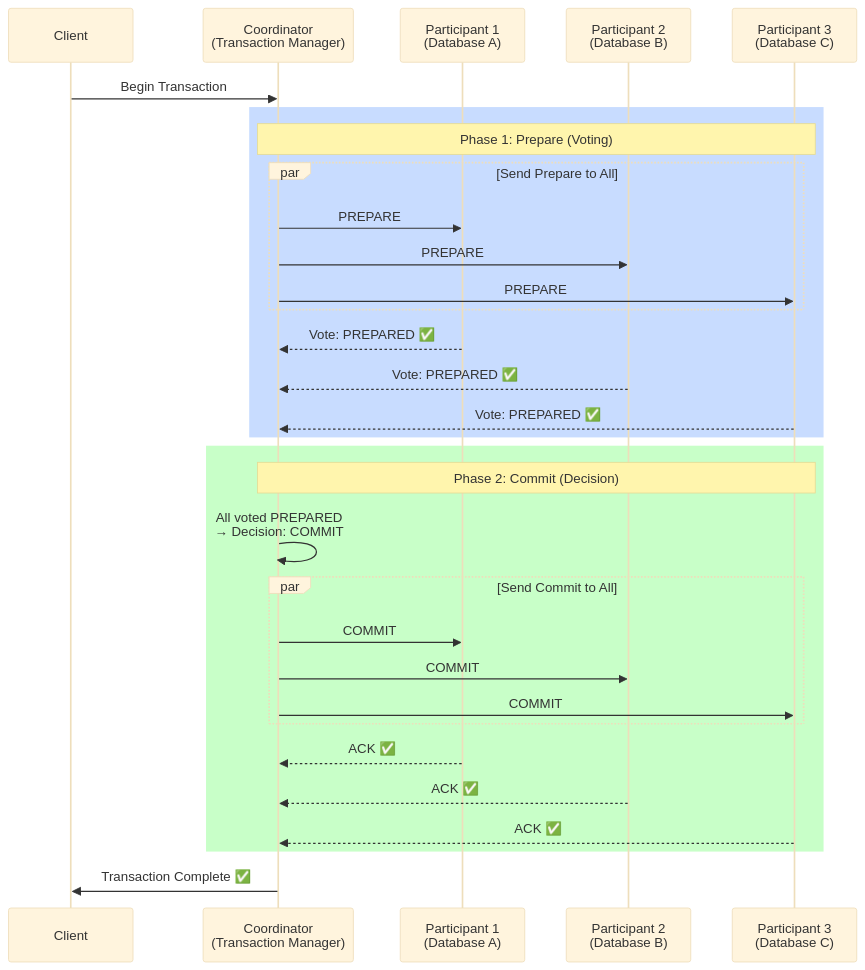
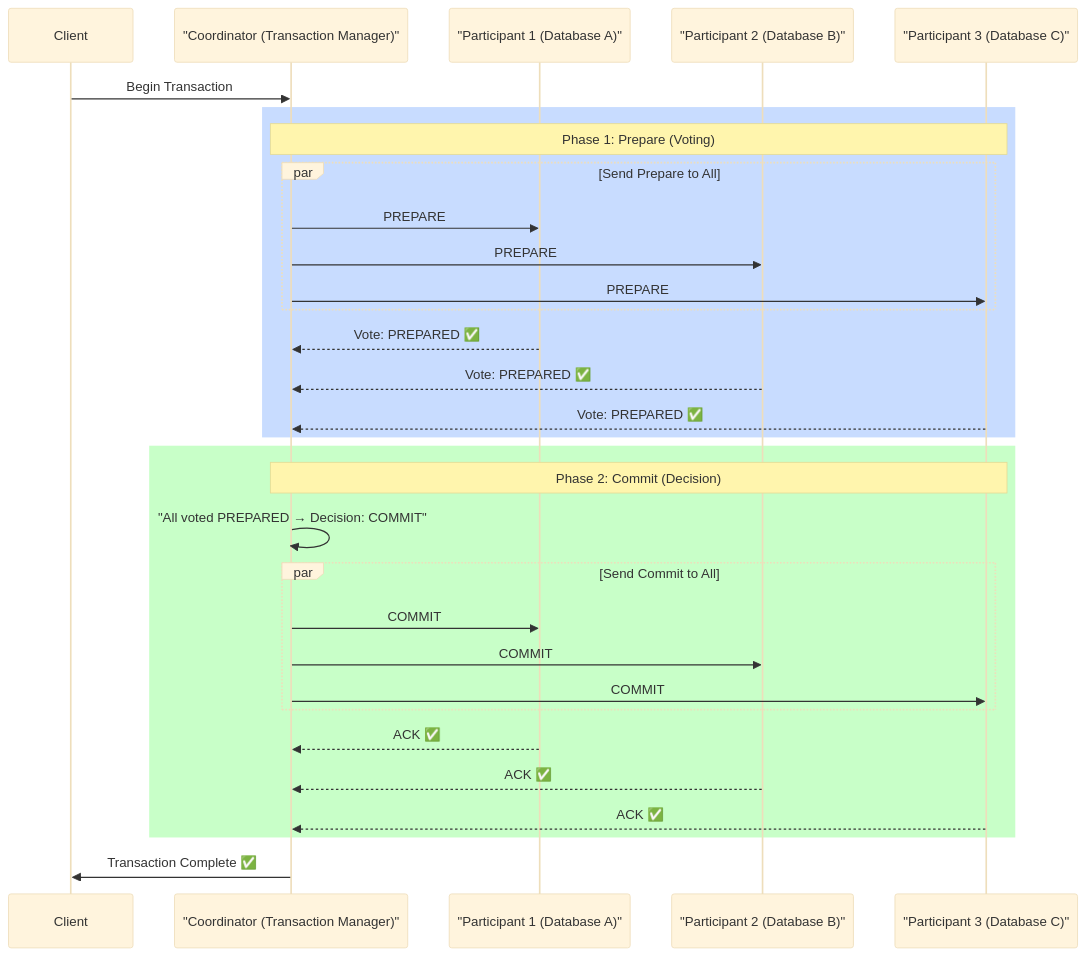
One commit to Anmol33/SystemDesign changed the first of 10 diagrams in Coordination/05_Two_Phase_Commit.md. Above: the diagram before and after it, drawn with Mermaid (base theme). The commit also changed other lines of this file and 6 other files, not shown here.

First line of the commit message:
docs: fix Mermaid diagram syntax in coordination documents

````diff
--- a/Coordination/05_Two_Phase_Commit.md
+++ b/Coordination/05_Two_Phase_Commit.md
@@ -26,40 +26,40 @@
 ```mermaid
 sequenceDiagram
     participant Client
-    participant Coord as Coordinator<br/>(Transaction Manager)
-    participant P1 as Participant 1<br/>(Database A)
-    participant P2 as Participant 2<br/>(Database B)
-    participant P3 as Participant 3<br/>(Database C)
+    participant Coord as "Coordinator (Transaction Manager)"
+    participant P1 as "Participant 1 (Database A)"
+    participant P2 as "Participant 2 (Database B)"
+    participant P3 as "Participant 3 (Database C)"
     
     Client->>Coord: Begin Transaction
     
     rect rgb(200, 220, 255)
         Note over Coord,P3: Phase 1: Prepare (Voting)
         par Send Prepare to All
             Coord->>P1: PREPARE
             Coord->>P2: PREPARE
             Coord->>P3: PREPARE
         end
         
         P1-->>Coord: Vote: PREPARED ✅
         P2-->>Coord: Vote: PREPARED ✅
         P3-->>Coord: Vote: PREPARED ✅
     end
     
     rect rgb(200, 255, 200)
         Note over Coord,P3: Phase 2: Commit (Decision)
-        Coord->>Coord: All voted PREPARED<br/>→ Decision: COMMIT
+        Coord->>Coord: "All voted PREPARED → Decision: COMMIT"
         
         par Send Commit to All
             Coord->>P1: COMMIT
             Coord->>P2: COMMIT
             Coord->>P3: COMMIT
         end
         
         P1-->>Coord: ACK ✅
         P2-->>Coord: ACK ✅
         P3-->>Coord: ACK ✅
     end
     
     Coord->>Client: Transaction Complete ✅
 ```
````
